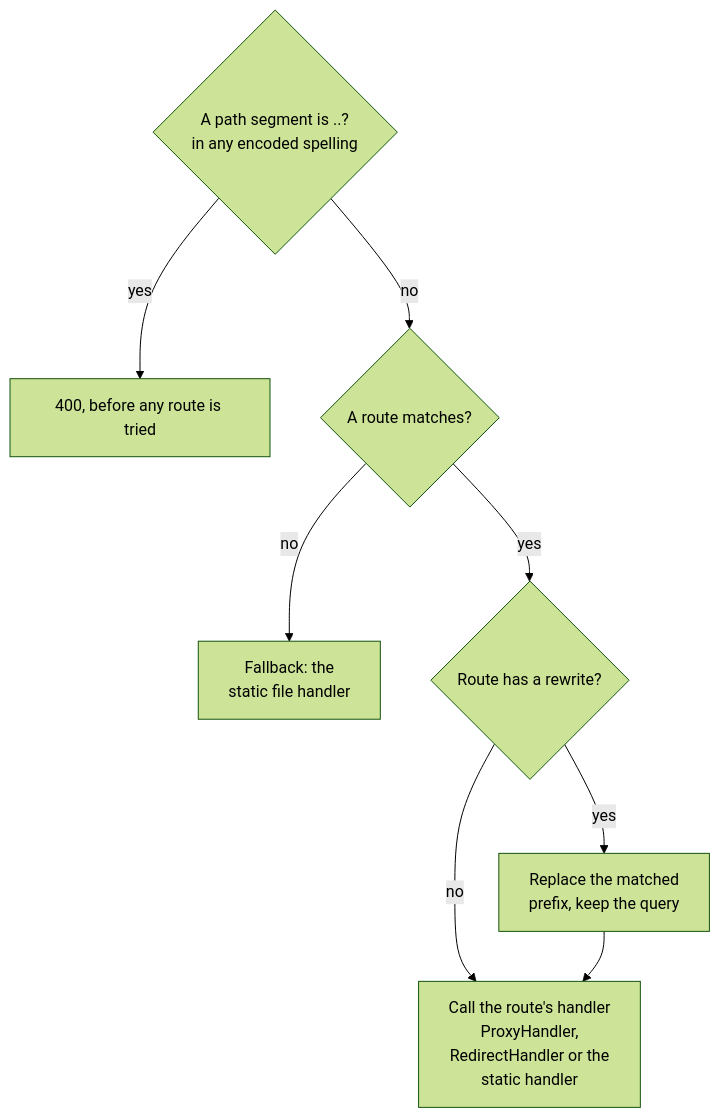
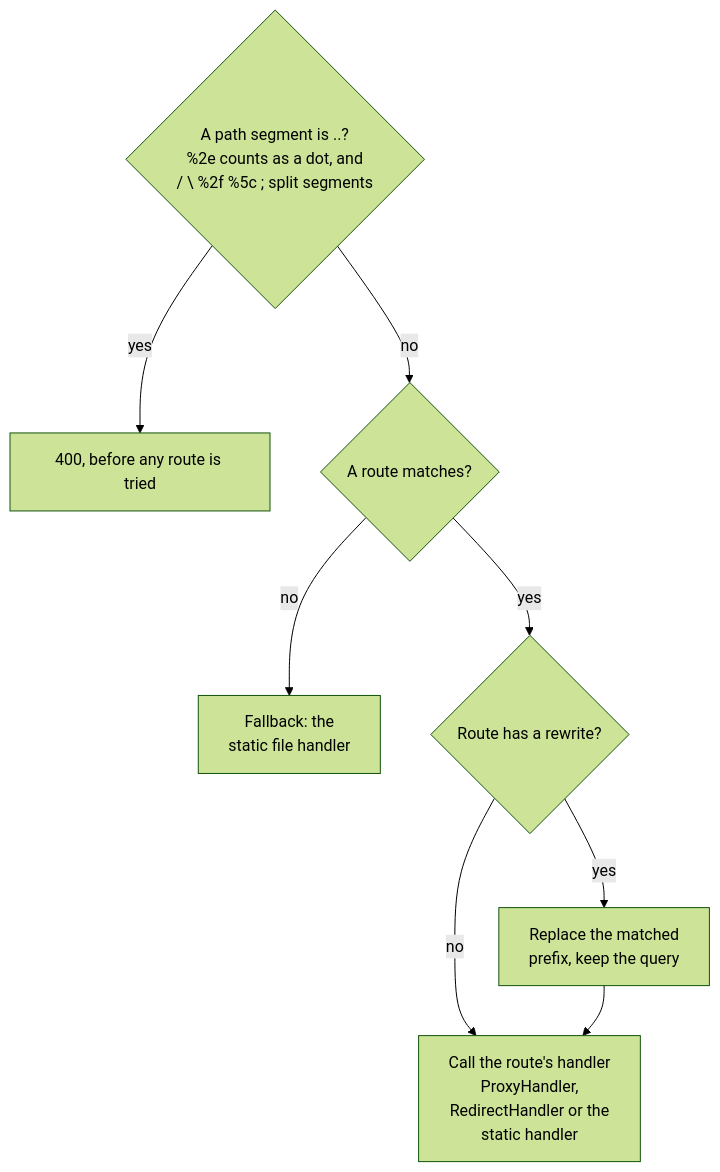
The second of 6 diagrams in docs/design/proxy-routing.md (BlivionIaG/sjws_nettask), drawn with Mermaid (forest theme) before and after one commit. The commit also changed other lines of this file and 14 other files, not shown here.

````diff
--- a/docs/design/proxy-routing.md
+++ b/docs/design/proxy-routing.md
@@ -53,10 +56,10 @@
 ```mermaid
 flowchart TD
-    dd{"A path segment is ..?<br/>in any encoded spelling"} -->|yes| e400["400, before any route is tried"]
+    dd{"A path segment is ..?<br/>%2e counts as a dot, and<br/>/ \ %2f %5c ; split segments"} -->|yes| e400["400, before any route is tried"]
     dd -->|no| m{"A route matches?"}
     m -->|no| fb["Fallback: the<br/>static file handler"]
     m -->|yes| rw{"Route has a rewrite?"}
     rw -->|yes| rq["Replace the matched<br/>prefix, keep the query"]
     rw -->|no| act
     rq --> act["Call the route's handler<br/>ProxyHandler,<br/>RedirectHandler or the<br/>static handler"]
 ```
````
